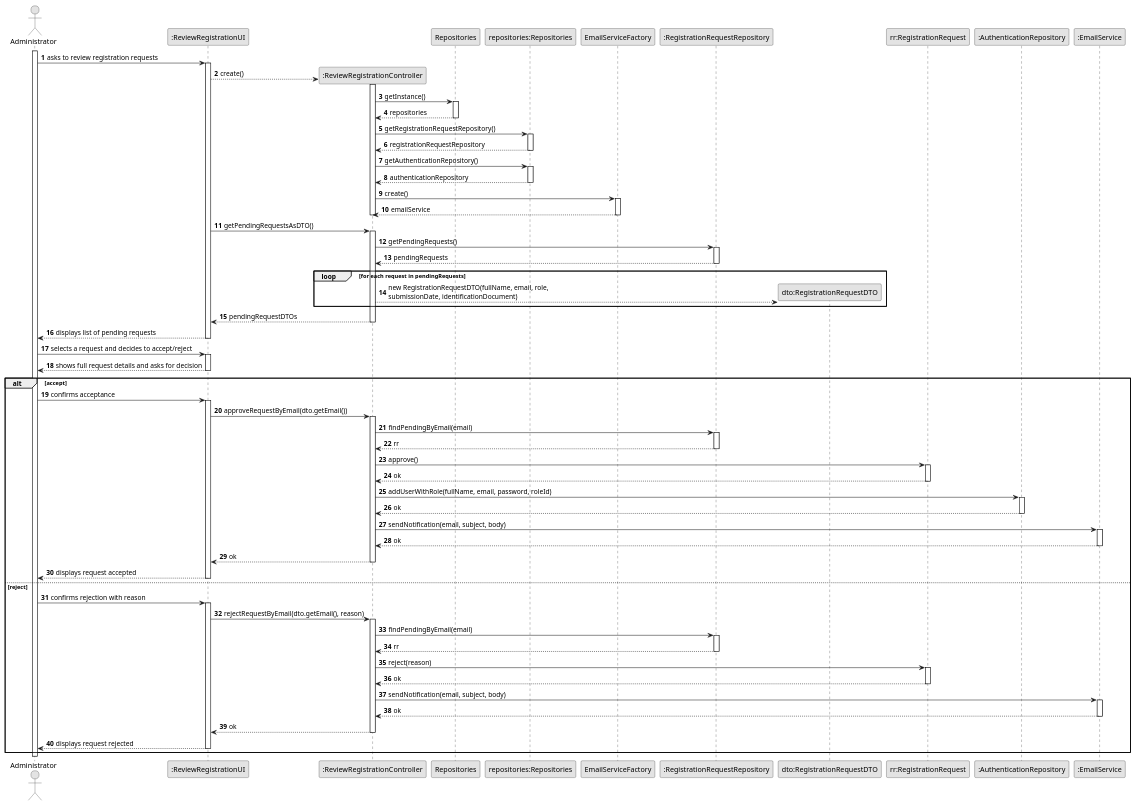
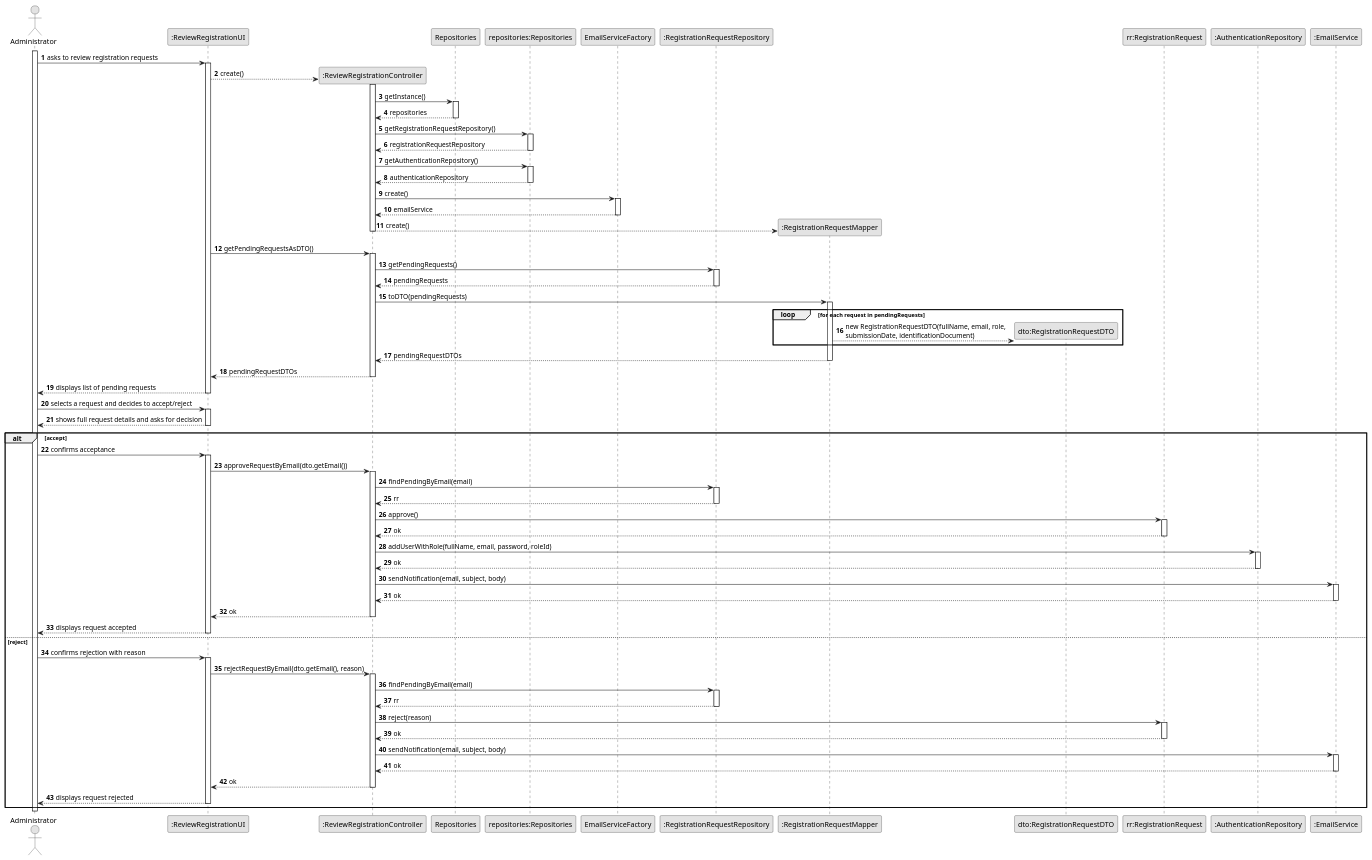
One commit to brunodspinto/crystal-clear-platform changed the diagram in docs/system-documentation/US02/03.design/puml/US02-SD.puml. Above: the diagram before and after it, drawn with PlantUML. The commit also changed 13 other files, not shown here.

Commit message:
Add mappers for US02 and US03 DTOs and update design diagrams

```diff
--- a/docs/system-documentation/US02/03.design/puml/US02-SD.puml
+++ b/docs/system-documentation/US02/03.design/puml/US02-SD.puml
@@ -1,120 +1,127 @@
 @startuml US02-SD
 skinparam monochrome true
 skinparam packageStyle rectangle
 skinparam shadowing false
 
 autonumber
 
 actor "Administrator" as Admin
 participant ":ReviewRegistrationUI" as UI
 participant ":ReviewRegistrationController" as CTRL
 participant "Repositories" as REPOS
 participant "repositories:Repositories" as REPOS_SINGLETON
 participant "EmailServiceFactory" as FACTORY
 participant ":RegistrationRequestRepository" as REPO
+participant ":RegistrationRequestMapper" as MAPPER
 participant "dto:RegistrationRequestDTO" as DTO
 participant "rr:RegistrationRequest" as RR
 participant ":AuthenticationRepository" as AUTH
 participant ":EmailService" as EMAIL
 
 activate Admin
 
     Admin -> UI : asks to review registration requests
     activate UI
 
         UI --> CTRL** : create()
         activate CTRL
             CTRL -> REPOS : getInstance()
             activate REPOS
                 REPOS --> CTRL : repositories
             deactivate REPOS
 
             CTRL -> REPOS_SINGLETON : getRegistrationRequestRepository()
             activate REPOS_SINGLETON
                 REPOS_SINGLETON --> CTRL : registrationRequestRepository
             deactivate REPOS_SINGLETON
 
             CTRL -> REPOS_SINGLETON : getAuthenticationRepository()
             activate REPOS_SINGLETON
                 REPOS_SINGLETON --> CTRL : authenticationRepository
             deactivate REPOS_SINGLETON
 
             CTRL -> FACTORY : create()
             activate FACTORY
                 FACTORY --> CTRL : emailService
             deactivate FACTORY
+
+            CTRL --> MAPPER** : create()
         deactivate CTRL
 
         UI -> CTRL : getPendingRequestsAsDTO()
         activate CTRL
             CTRL -> REPO : getPendingRequests()
             activate REPO
                 REPO --> CTRL : pendingRequests
             deactivate REPO
 
-            loop for each request in pendingRequests
-                CTRL --> DTO** : new RegistrationRequestDTO(fullName, email, role,\nsubmissionDate, identificationDocument)
-            end
+            CTRL -> MAPPER : toDTO(pendingRequests)
+            activate MAPPER
+                loop for each request in pendingRequests
+                    MAPPER --> DTO** : new RegistrationRequestDTO(fullName, email, role,\nsubmissionDate, identificationDocument)
+                end
+                MAPPER --> CTRL : pendingRequestDTOs
+            deactivate MAPPER
 
             CTRL --> UI : pendingRequestDTOs
         deactivate CTRL
         UI --> Admin : displays list of pending requests
     deactivate UI
 
     Admin -> UI : selects a request and decides to accept/reject
     activate UI
         UI --> Admin : shows full request details and asks for decision
     deactivate UI
 
     alt accept
         Admin -> UI : confirms acceptance
         activate UI
             UI -> CTRL : approveRequestByEmail(dto.getEmail())
             activate CTRL
                 CTRL -> REPO : findPendingByEmail(email)
                 activate REPO
                     REPO --> CTRL : rr
                 deactivate REPO
                 CTRL -> RR : approve()
                 activate RR
                     RR --> CTRL : ok
                 deactivate RR
                 CTRL -> AUTH : addUserWithRole(fullName, email, password, roleId)
                 activate AUTH
                     AUTH --> CTRL : ok
                 deactivate AUTH
                 CTRL -> EMAIL : sendNotification(email, subject, body)
                 activate EMAIL
                     EMAIL --> CTRL : ok
                 deactivate EMAIL
                 CTRL --> UI : ok
             deactivate CTRL
             UI --> Admin : displays request accepted
         deactivate UI
 
     else reject
         Admin -> UI : confirms rejection with reason
         activate UI
             UI -> CTRL : rejectRequestByEmail(dto.getEmail(), reason)
             activate CTRL
                 CTRL -> REPO : findPendingByEmail(email)
                 activate REPO
                     REPO --> CTRL : rr
                 deactivate REPO
                 CTRL -> RR : reject(reason)
                 activate RR
                     RR --> CTRL : ok
                 deactivate RR
                 CTRL -> EMAIL : sendNotification(email, subject, body)
                 activate EMAIL
                     EMAIL --> CTRL : ok
                 deactivate EMAIL
                 CTRL --> UI : ok
             deactivate CTRL
             UI --> Admin : displays request rejected
         deactivate UI
     end
 
 deactivate Admin
 
 @enduml
```
